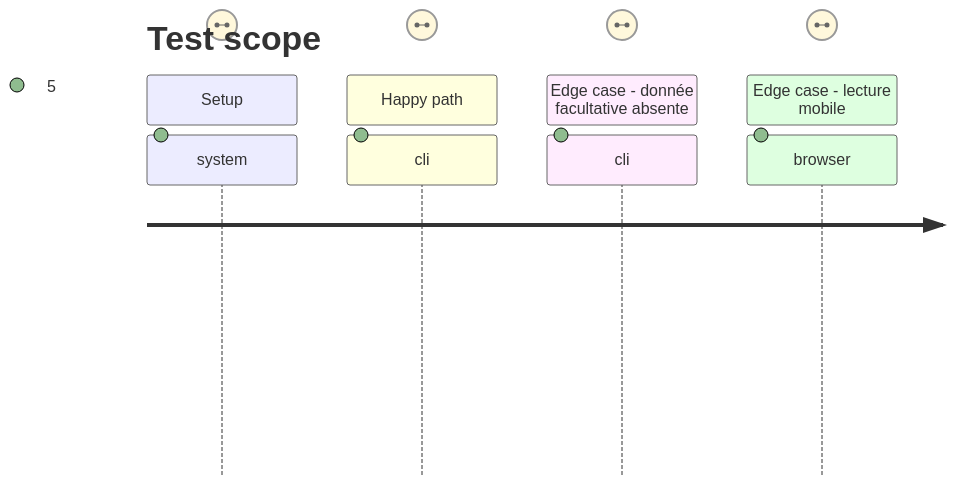
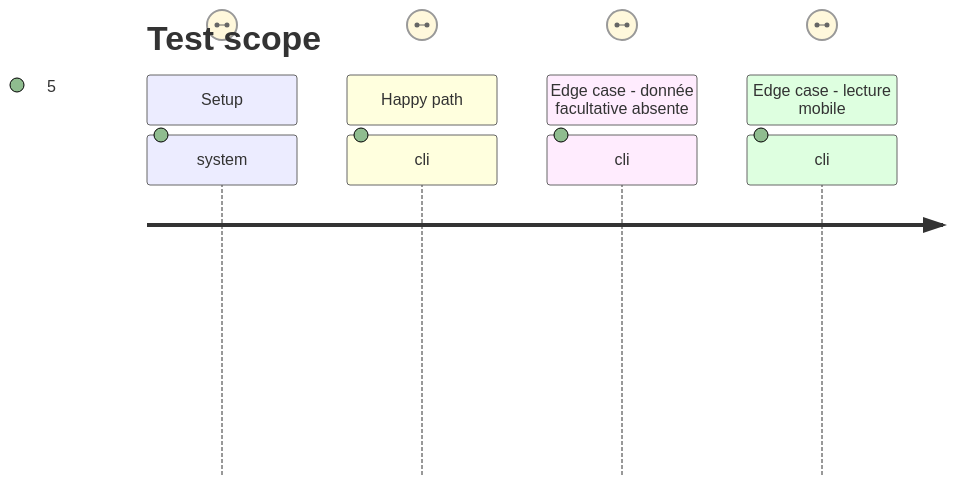
Before and after one commit to RebelliousSmile/obsidian-handbook: the second of 2 diagrams in aidd_docs/tasks/2026_09/2026_09_15_adrenaline-statblock-fidelity/phase-3.md, drawn with Mermaid. The commit also changed other lines of this file and 2 other files, not shown here.

````diff
--- a/aidd_docs/tasks/2026_09/2026_09_15_adrenaline-statblock-fidelity/phase-3.md
+++ b/aidd_docs/tasks/2026_09/2026_09_15_adrenaline-statblock-fidelity/phase-3.md
@@ -42,14 +42,14 @@
 ```mermaid
 ---
 title: Test scope
 ---
 journey
   section Setup
     system: charger les témoins Markdown de référence et les cas minimaux existants => trois fiches complètes et leurs variantes réduites sont disponibles: 5: cli
   section Happy path
     cli: exécuter les assertions Adrenaline => les zones, groupes internes, styles dédiés et repli mobile attendus sont confirmés: 5: cli
   section Edge case - donnée facultative absente
     cli: rendre les témoins minimaux => les conteneurs facultatifs absents ne laissent aucun panneau vide: 5: cli
   section Edge case - lecture mobile
-    browser: ouvrir les témoins à 320 pixels puis en largeur de lecture standard => aucune donnée n'est tronquée, aucune barre horizontale n'apparaît et les groupes restent repérables: 5: browser
+    cli: inspecter les règles mobiles des trois fiches => chaque fiche autorise le retour à la ligne et son repli ne conserve aucune largeur concurrente: 5: cli
 ```
````
